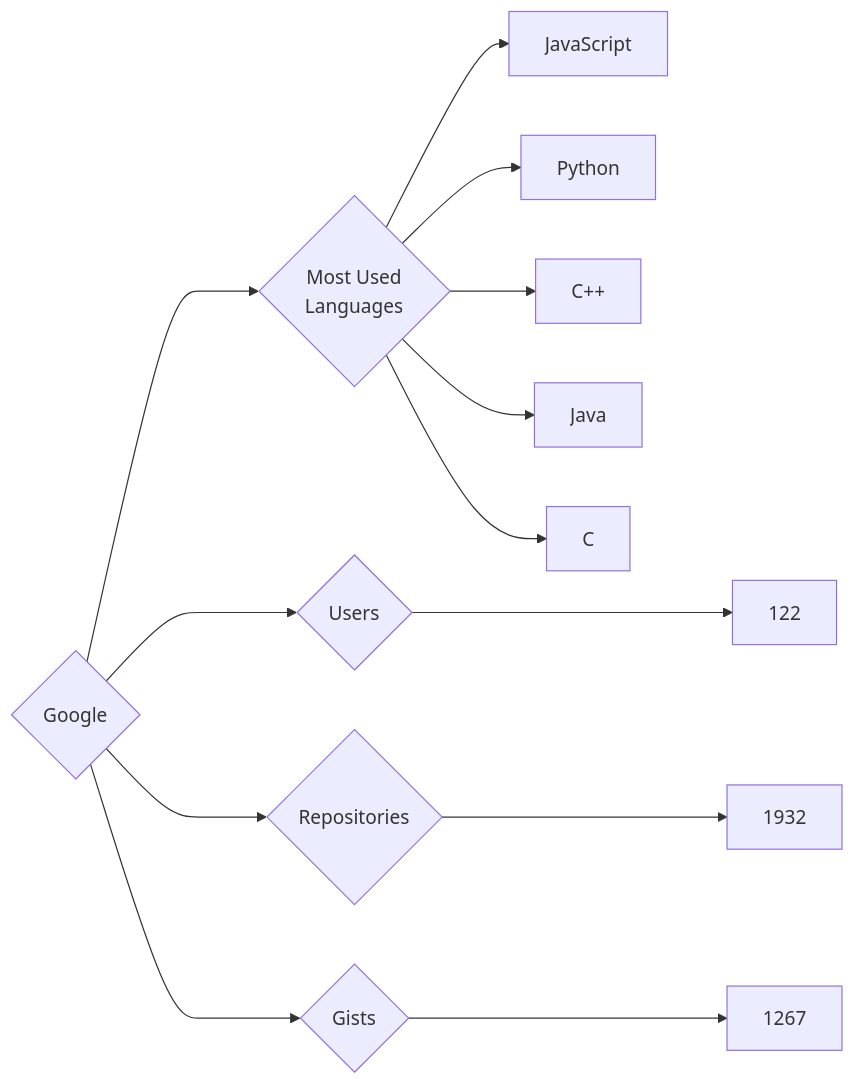
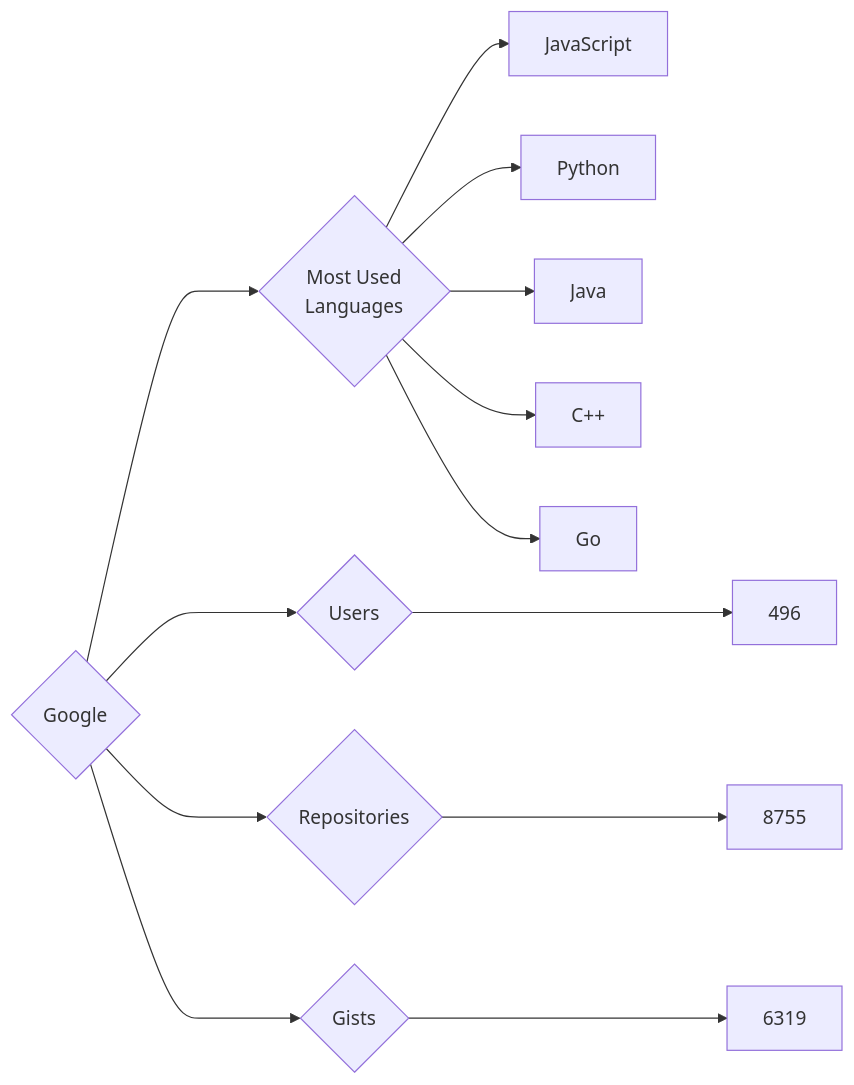
One commit to trickest/insiders changed the diagram in targets/Google/README.md. Above: the diagram before and after it, drawn with Mermaid. The commit also changed 826 other files, not shown here.

````diff
--- a/targets/Google/README.md
+++ b/targets/Google/README.md
@@ -3,13 +3,13 @@
 ```mermaid
 graph LR
 COMPANY_NAME{Google}
-COMPANY_NAME ---> U{Users} ---> UN[122]
-COMPANY_NAME ---> R{Repositories} ---> RN[1932]
-COMPANY_NAME ---> G{Gists} ---> GN[1267]
+COMPANY_NAME ---> U{Users} ---> UN[496]
+COMPANY_NAME ---> R{Repositories} ---> RN[8755]
+COMPANY_NAME ---> G{Gists} ---> GN[6319]
 COMPANY_NAME ---> ML{Most Used<br>Languages}
 ML --> JavaScript[JavaScript]
 ML --> Python[Python]
+ML --> Java[Java]
 ML --> C++[C++]
-ML --> Java[Java]
-ML --> C[C]
+ML --> Go[Go]
 ```
````
